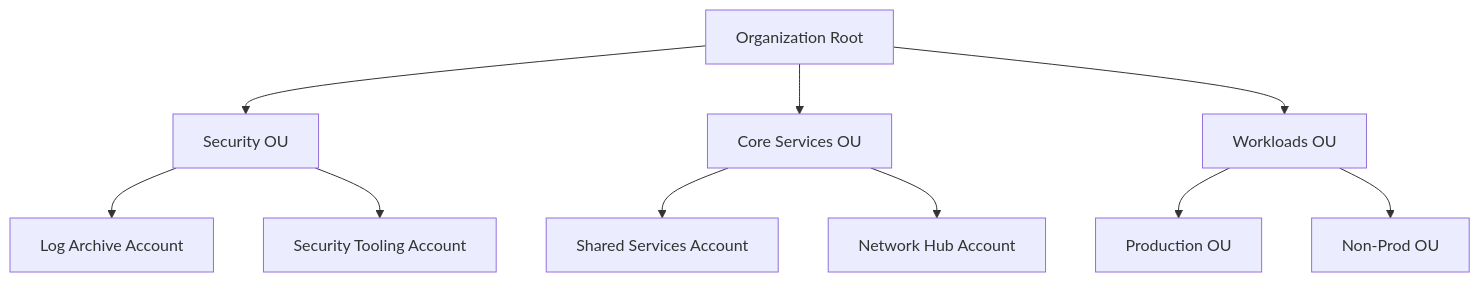
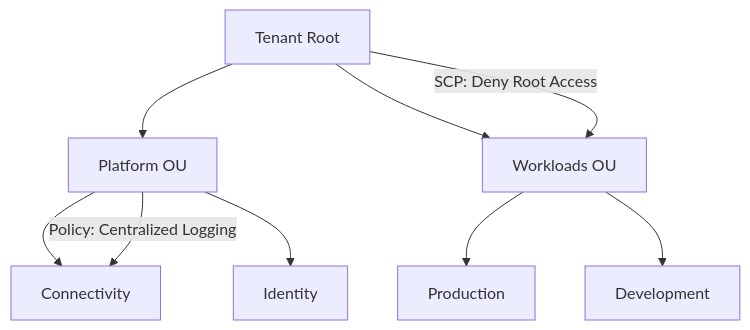
Before and after one commit to Devopstrio/hybrid-landingzone: the fourth of 10 diagrams in README.md, drawn with Mermaid. The commit also changed other lines of this file, not shown here.

Commit message:
docs: upgrade README to institutional-grade reference architecture style

````diff
--- a/README.md
+++ b/README.md
@@ -115,16 +131,14 @@
 ```mermaid
 graph TD
-    Root[Organization Root]
-    Root --> Security[Security OU]
-    Root --> Core[Core Services OU]
+    Root[Tenant Root] --> Platform[Platform OU]
     Root --> Workloads[Workloads OU]
     
-    Security --> Log[Log Archive Account]
-    Security --> Tooling[Security Tooling Account]
+    Platform --> Net[Connectivity]
+    Platform --> Id[Identity]
     
-    Core --> Shared[Shared Services Account]
-    Core --> Net[Network Hub Account]
+    Workloads --> Prod[Production]
+    Workloads --> Dev[Development]
     
-    Workloads --> Prod[Production OU]
-    Workloads --> NonProd[Non-Prod OU]
+    Root -- "SCP: Deny Root Access" --> Workloads
+    Platform -- "Policy: Centralized Logging" --> Net
 ```
````
